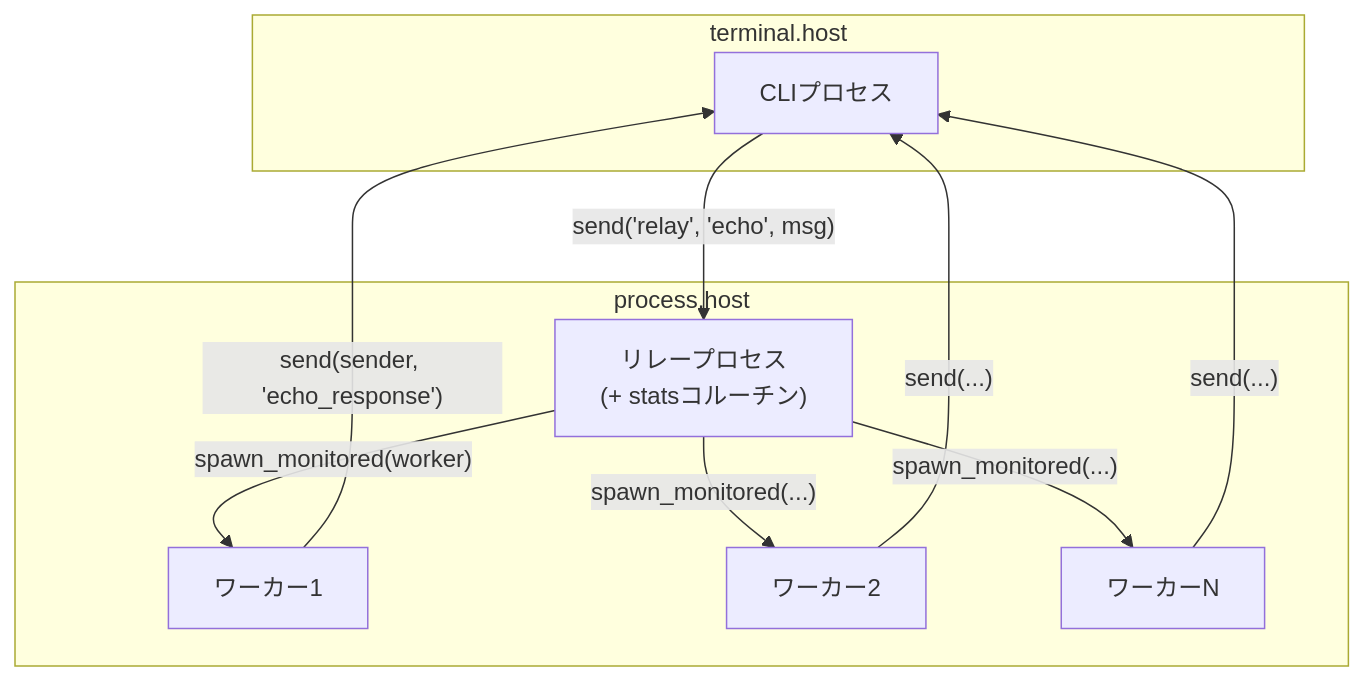
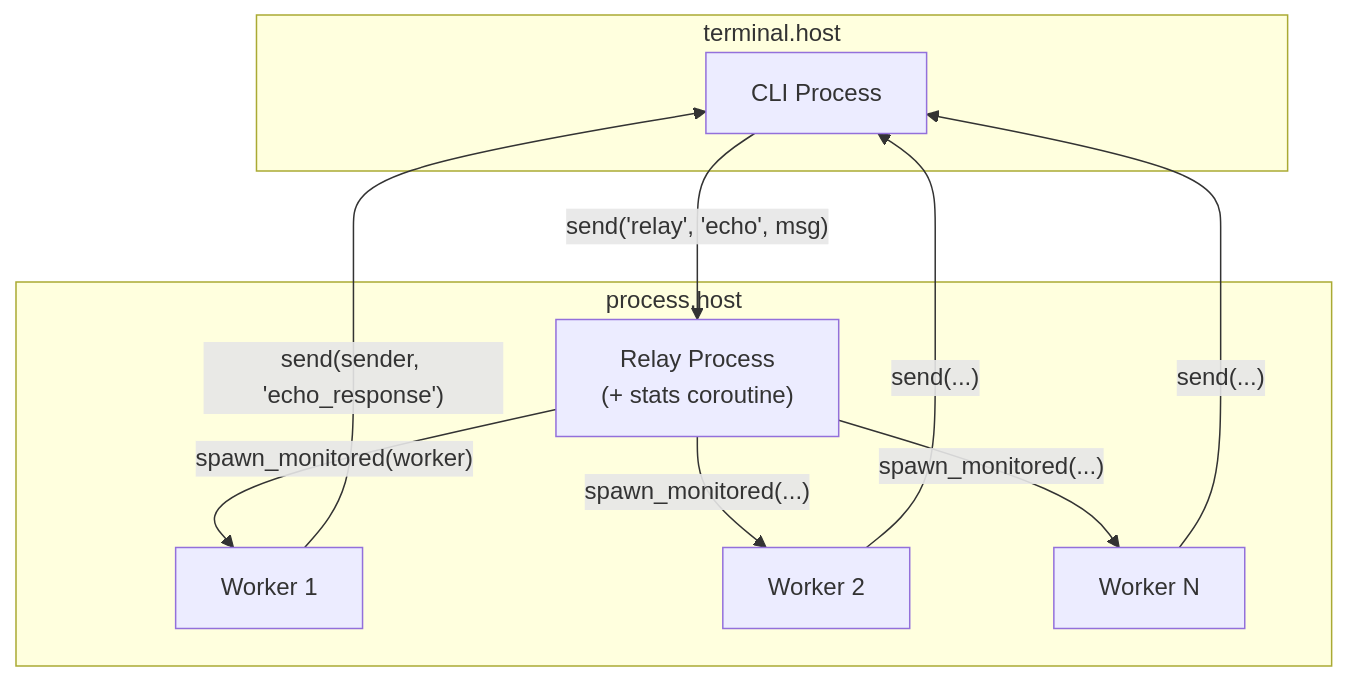
Before and after one commit to wippyai/docs: the diagram in ja/tutorials/echo-service.md, drawn with Mermaid. The commit also changed other lines of this file and 870 other files, not shown here.

````diff
--- a/ja/tutorials/echo-service.md
+++ b/ja/tutorials/echo-service.md
@@ -23,21 +38,21 @@
 ```mermaid
 flowchart TB
     subgraph terminal["terminal.host"]
-        CLI["CLIプロセス"]
+        CLI["CLI Process"]
     end
 
     subgraph processes["process.host"]
-        Relay["リレープロセス<br/>(+ statsコルーチン)"]
-        W1["ワーカー1"]
-        W2["ワーカー2"]
-        W3["ワーカーN"]
+        Relay["Relay Process<br/>(+ stats coroutine)"]
+        W1["Worker 1"]
+        W2["Worker 2"]
+        W3["Worker N"]
     end
 
     CLI -->|"send('relay', 'echo', msg)"| Relay
     Relay -->|"spawn_monitored(worker)"| W1
     Relay -->|"spawn_monitored(...)"| W2
     Relay -->|"spawn_monitored(...)"| W3
     W1 -->|"send(sender, 'echo_response')"| CLI
     W2 -->|"send(...)"| CLI
     W3 -->|"send(...)"| CLI
 ```
````
